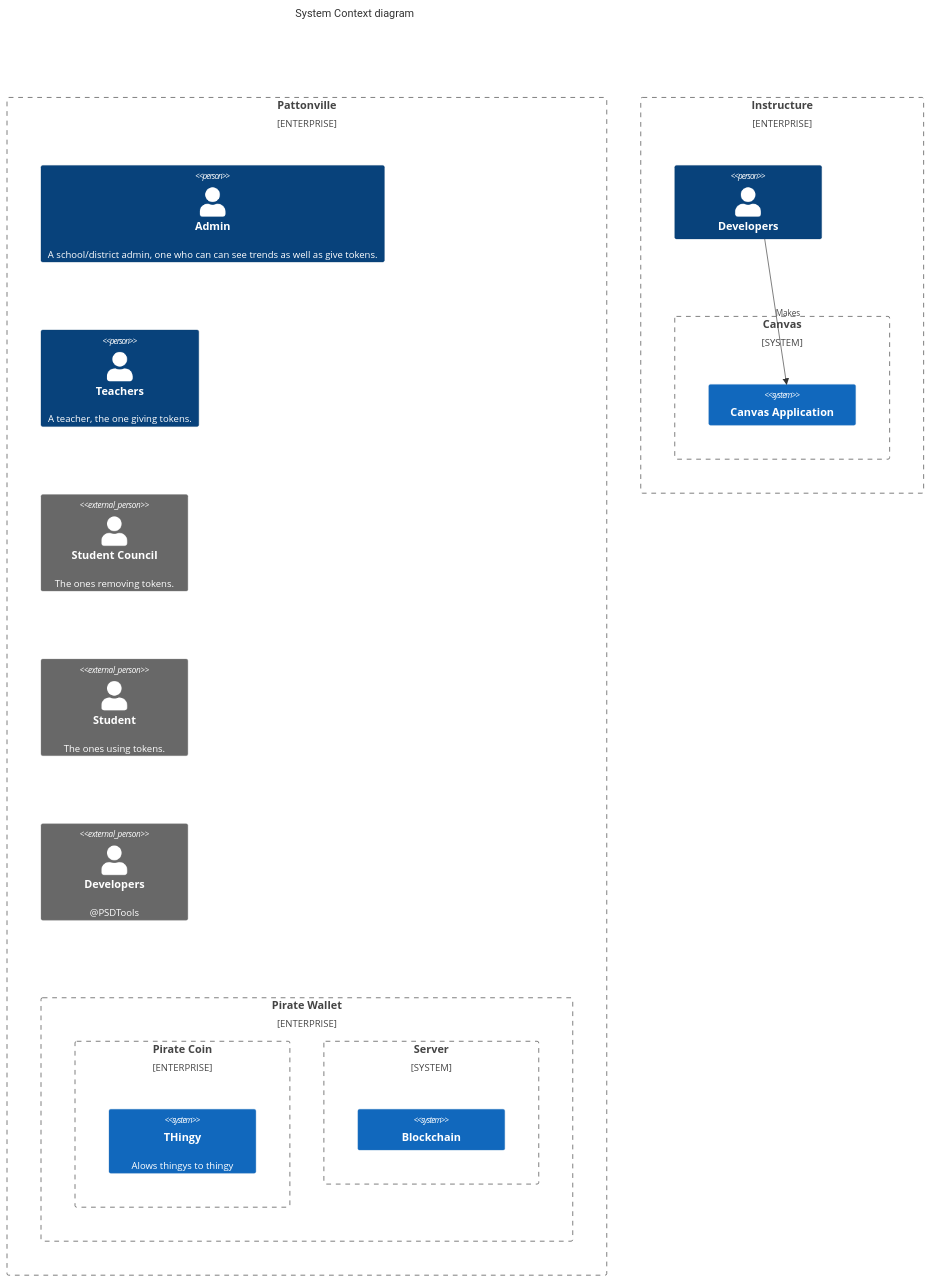
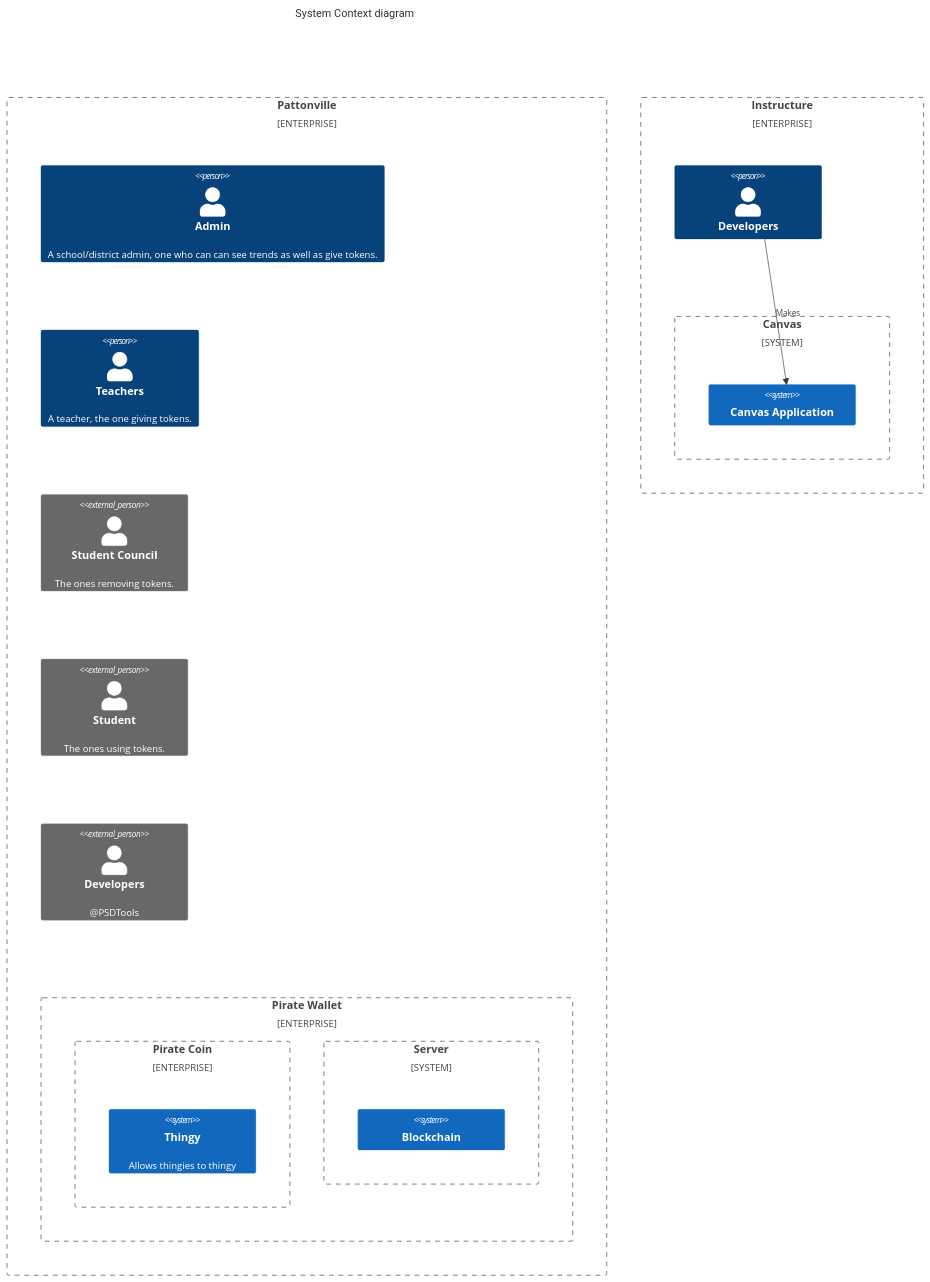
Before and after one commit to PSDTools/app: the diagram in README.md, drawn with Mermaid.

Commit message:
fix: spell-check
@PetalCat, you need to make a branch for these changes.
Else, the `main` branch might have failing CI.

````diff
--- a/README.md
+++ b/README.md
@@ -175,64 +175,64 @@
 ```mermaid
 C4Context
   title System Context diagram
 
   Enterprise_Boundary(b0, "Pattonville") {
     Person(customerA, "Admin", "A school/district admin, one who can can see trends as well as give tokens.")
         Person(customerB, "Teachers", "A teacher, the one giving tokens.")
         Person_Ext(customerC, "Student Council", "The ones removing tokens.")
         Person_Ext(customerD, "Student", "The ones using tokens.")
         Person_Ext(customerE, "Developers", "@PSDTools")
     Enterprise_Boundary(b6, "Pirate Wallet") {
       Enterprise_Boundary(b3, "Pirate Coin") {
-        System(SystemAA, "THingy", "Alows thingys to thingy")
+        System(SystemAA, "Thingy", "Allows thingies to thingy")
       }
       System_Boundary(b2, "Server") {
         System(SystemF, "Blockchain")
       }
     }
     %% System(SystemAA, "Internet Banking System", "Allows customers to view information about their bank accounts, and make payments.")
 
     %% Enterprise_Boundary(b1, "BankBoundary") {
 
       %% SystemDb_Ext(SystemE, "Mainframe Banking System", "Stores all of the core banking information about customers, accounts, transactions, etc.")
 
       %% System_Boundary(b2, "BankBoundary2") {
         %% System(SystemA, "Banking System A")
         %% System(SystemB, "Banking System B", "A system of the bank, with personal bank accounts. next line.")
       %% }
 
       %% System_Ext(SystemC, "E-mail system", "The internal Microsoft Exchange e-mail system.")
       %% SystemDb(SystemD, "Banking System D Database", "A system of the bank, with personal bank accounts.")
 
       %% Boundary(b3, "BankBoundary3", "boundary") {
         %% SystemQueue(SystemF, "Banking System F Queue", "A system of the bank.")
         %% SystemQueue_Ext(SystemG, "Banking System G Queue", "A system of the bank, with personal bank accounts.")
       %% }
     %% }
 
   }
 
 
   Enterprise_Boundary(b4, "Instructure") {
     Person(Instructure, "Developers")
 
     System_Boundary(b5, "Canvas") {
       System(CanvasApp, "Canvas Application")
     }
   }
 
 
   %% BiRel(customerA, SystemAA, "Uses")
   Rel(Instructure, CanvasApp, "Makes")
   %% BiRel(SystemAA, SystemE, "Uses")
   %% Rel(SystemAA, SystemC, "Sends e-mails", "SMTP")
   %% Rel(SystemC, customerA, "Sends e-mails to")
 
   %% UpdateElementStyle(customerA, $fontColor="red", $bgColor="grey", $borderColor="red")
   %% UpdateRelStyle(customerA, SystemAA, $textColor="blue", $lineColor="blue", $offsetX="5")
   %% UpdateRelStyle(SystemAA, SystemE, $textColor="blue", $lineColor="blue", $offsetY="-10")
   %% UpdateRelStyle(SystemAA, SystemC, $textColor="blue", $lineColor="blue", $offsetY="-40", $offsetX="-50")
   %% UpdateRelStyle(SystemC, customerA, $textColor="red", $lineColor="red", $offsetX="-50", $offsetY="20")
 
   %% UpdateLayoutConfig($c4ShapeInRow="3", $c4BoundaryInRow="1")
 ```
````
